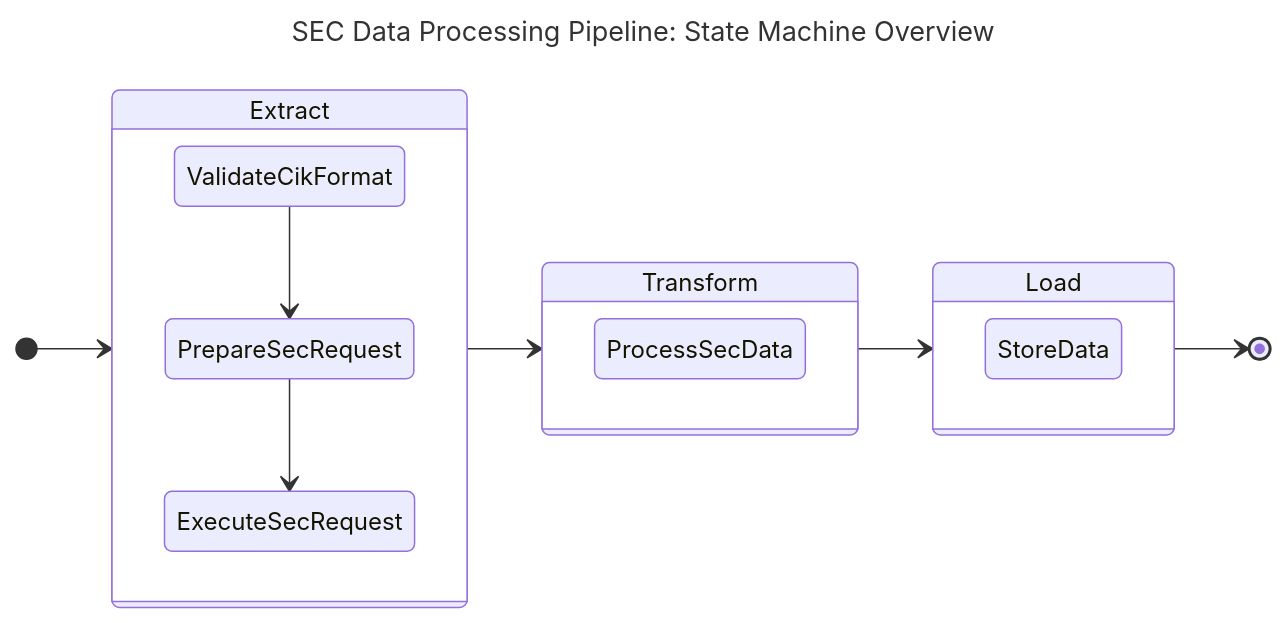
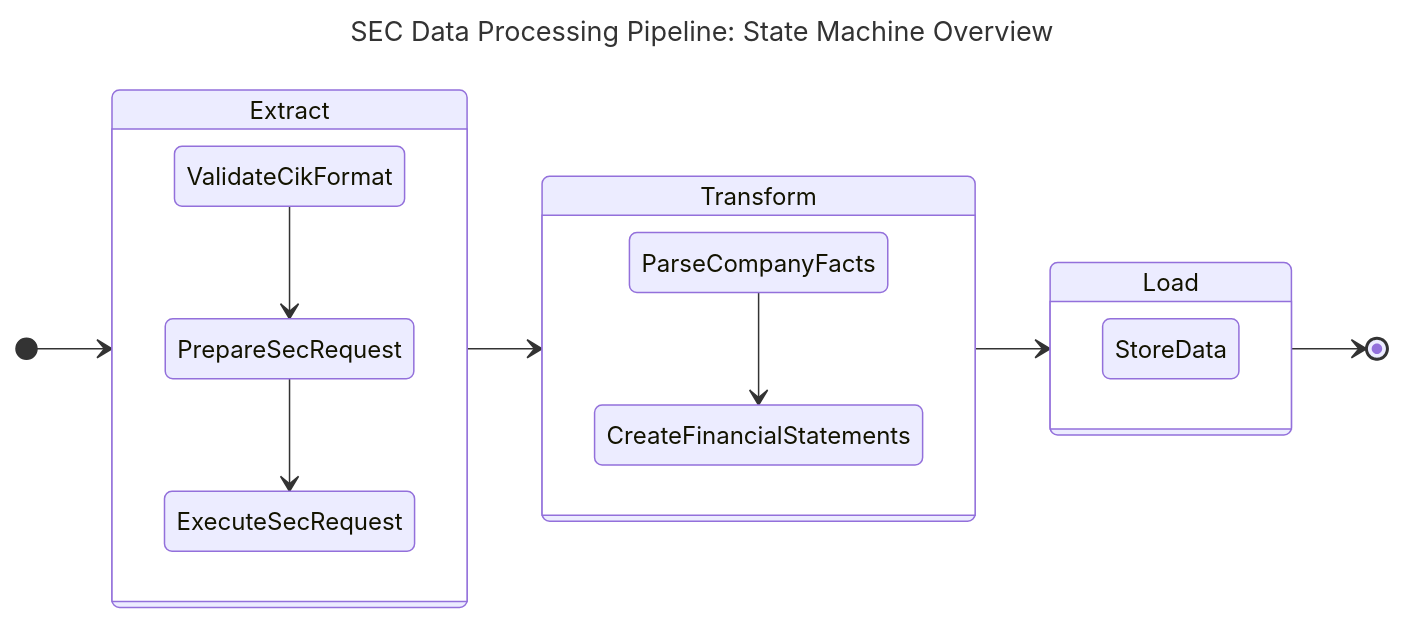
Before and after one commit to ironcapitaleu/arkad: the diagram in sec/design/state_diagram/sec_state_machine.md, drawn with Mermaid. The commit also changed 109 other files, not shown here.

````diff
--- a/sec/design/state_diagram/sec_state_machine.md
+++ b/sec/design/state_diagram/sec_state_machine.md
@@ -1,31 +1,31 @@
 ```mermaid
 ---
 title: "SEC Data Processing Pipeline: State Machine Overview"
 ---
 stateDiagram-v2
     %% Align all the SuperStates from left-to-right
     direction LR
 
     %% `Extract` SuperState
     [*] --> Extract
     state Extract {
         ValidateCikFormat --> PrepareSecRequest
         PrepareSecRequest --> ExecuteSecRequest
     }
 
     Extract --> Transform
 
     %% `Transform` SuperState
     state Transform {
-        ProcessSecData
+        ParseCompanyFacts --> CreateFinancialStatements
     }
     
     Transform --> Load
 
     %% `Load` SuperState
     state Load {
         StoreData
     }
 
     Load --> [*]
 ```
````
